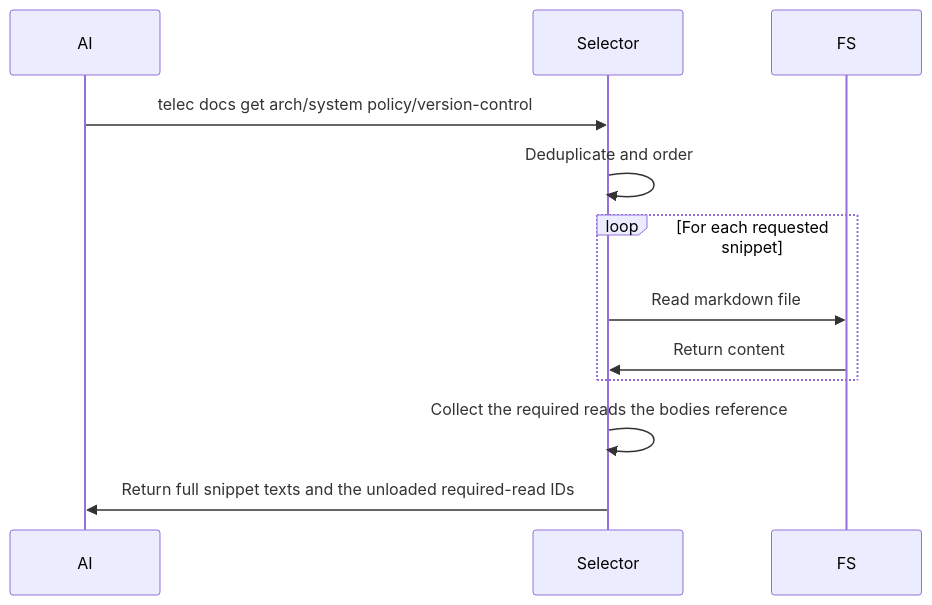
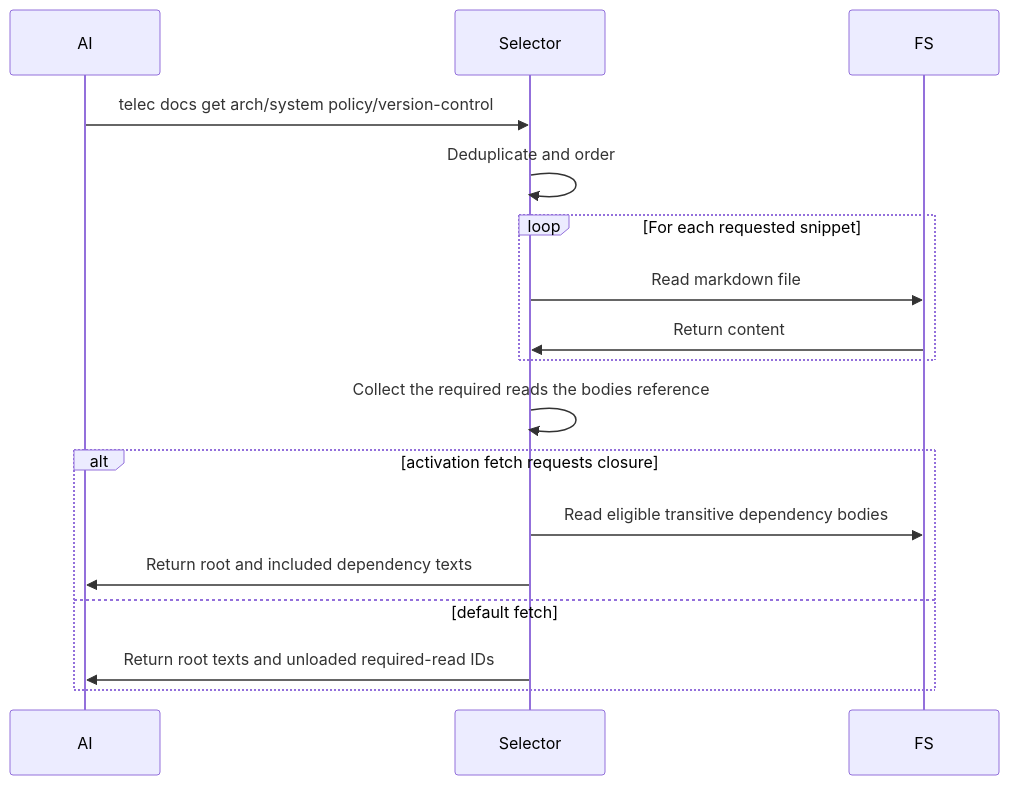
One commit to InstruktAI/TeleClaude changed the third of 3 diagrams in docs/project/design/architecture/context-selection.md. Above: the diagram before and after it, drawn with Mermaid. The commit also changed other lines of this file and 3 other files, not shown here.

````diff
--- a/docs/project/design/architecture/context-selection.md
+++ b/docs/project/design/architecture/context-selection.md
@@ -97,15 +99,20 @@
 ```mermaid
 sequenceDiagram
     participant AI
     participant Selector
     participant FS
 
     AI->>Selector: telec docs get arch/system policy/version-control
     Selector->>Selector: Deduplicate and order
     loop For each requested snippet
         Selector->>FS: Read markdown file
         FS->>Selector: Return content
     end
     Selector->>Selector: Collect the required reads the bodies reference
-    Selector->>AI: Return full snippet texts and the unloaded required-read IDs
+    alt activation fetch requests closure
+        Selector->>FS: Read eligible transitive dependency bodies
+        Selector->>AI: Return root and included dependency texts
+    else default fetch
+        Selector->>AI: Return root texts and unloaded required-read IDs
+    end
 ```
````
